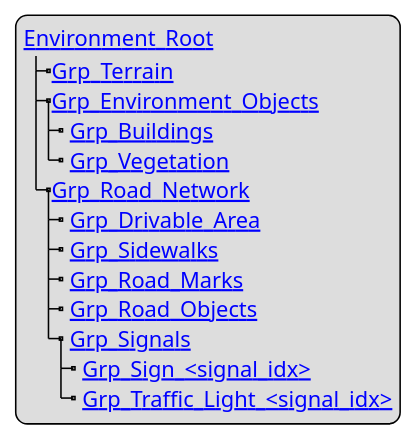
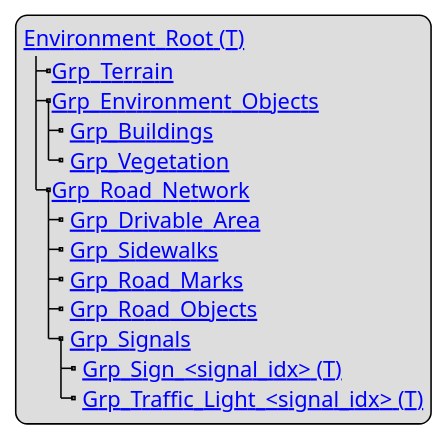
Before and after one commit to asam-ev/OpenMATERIAL: the diagram in content/geometry/object-environment/environment-structure.adoc, drawn with PlantUML. The commit also changed other lines of this file, not shown here.

```diff
--- a/content/geometry/object-environment/environment-structure.adoc
+++ b/content/geometry/object-environment/environment-structure.adoc
@@ -5,18 +5,18 @@
 [plantuml]
 ----
 legend
-[[../geometry/object-classes.html#_environment_t Environment_Root]]
+[[../geometry/object-classes.html#_environment_t Environment_Root (T)]]
 |_[[../geometry/object-classes.html#_grp_terrain Grp_Terrain]]
 |_[[../geometry/object-classes.html#_grp_environment_objects Grp_Environment_Objects]]
   |_ [[../geometry/object-classes.html#_grp_buildings Grp_Buildings]]
   |_ [[../geometry/object-classes.html#_grp_vegetation Grp_Vegetation]]
 |_[[../geometry/object-classes.html#_grp_road_network Grp_Road_Network]]
   |_ [[../geometry/object-classes.html#_grp_drivable_area Grp_Drivable_Area]]
   |_ [[../geometry/object-classes.html#_grp_sidewalks Grp_Sidewalks]]
   |_ [[../geometry/object-classes.html#_grp_road_marks Grp_Road_Marks]]
   |_ [[../geometry/object-classes.html#_grp_road_object Grp_Road_Objects]]
   |_ [[../geometry/object-classes.html#_grp_signals Grp_Signals]]
-    |_ [[../geometry/object-classes.html#_grp_sign_idx_t Grp_Sign_<signal_idx>]]
-    |_ [[../geometry/object-classes.html#_traffic_light_idx_t Grp_Traffic_Light_<signal_idx>]]
+    |_ [[../geometry/object-classes.html#_grp_sign_idx_t Grp_Sign_<signal_idx> (T)]]
+    |_ [[../geometry/object-classes.html#_traffic_light_idx_t Grp_Traffic_Light_<signal_idx> (T)]]
 end legend
 ----
```
